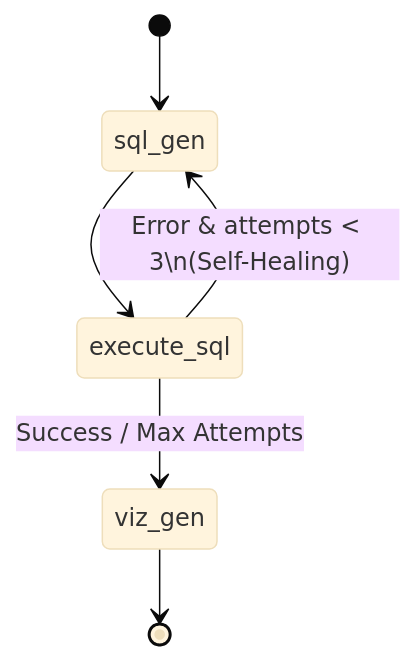
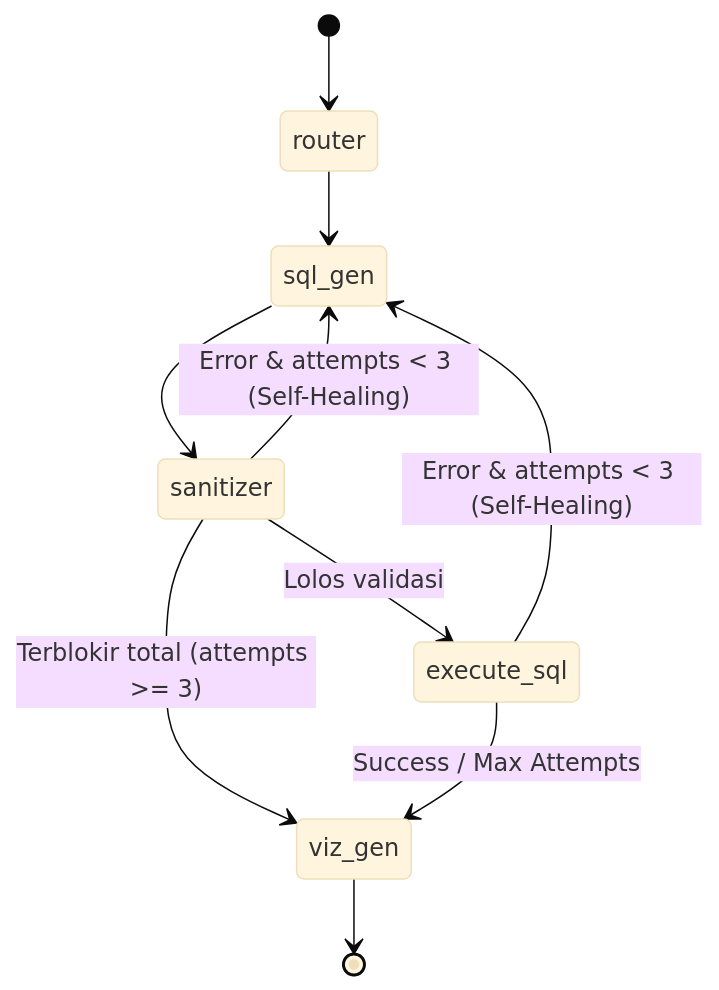
Before and after one commit to bielnzar/rag-komersial-tps: the third of 3 diagrams in milestone/WALKTHROUGH.md, drawn with Mermaid (base theme). The commit also changed other lines of this file and 34 other files, not shown here.

````diff
--- a/milestone/WALKTHROUGH.md
+++ b/milestone/WALKTHROUGH.md
@@ -197,8 +227,12 @@
 ```mermaid
 stateDiagram-v2
-    [*] --> sql_gen
-    sql_gen --> execute_sql
-    execute_sql --> sql_gen : Error & attempts < 3\n(Self-Healing)
+    [*] --> router
+    router --> sql_gen
+    sql_gen --> sanitizer
+    sanitizer --> execute_sql : Lolos validasi
+    sanitizer --> sql_gen : Error & attempts < 3 (Self-Healing)
+    sanitizer --> viz_gen : Terblokir total (attempts >= 3)
+    execute_sql --> sql_gen : Error & attempts < 3 (Self-Healing)
     execute_sql --> viz_gen : Success / Max Attempts
     viz_gen --> [*]
 ```
````
